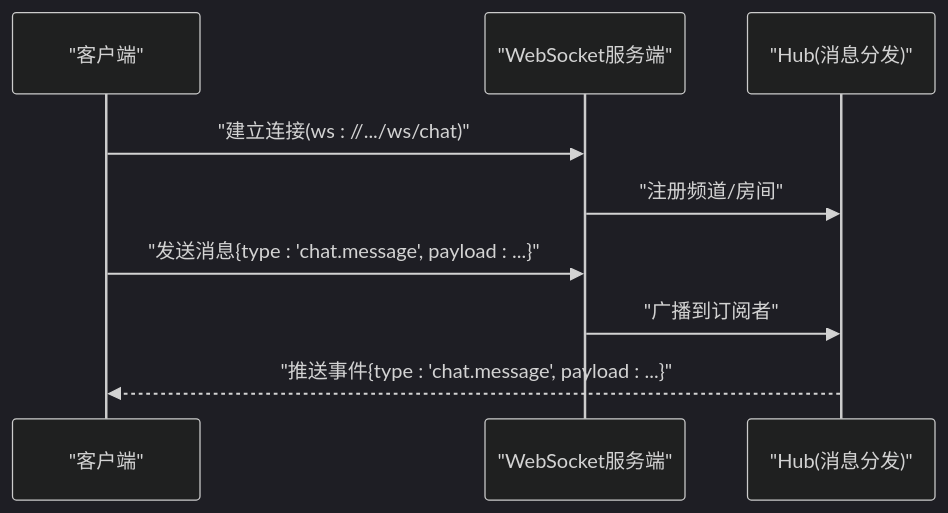
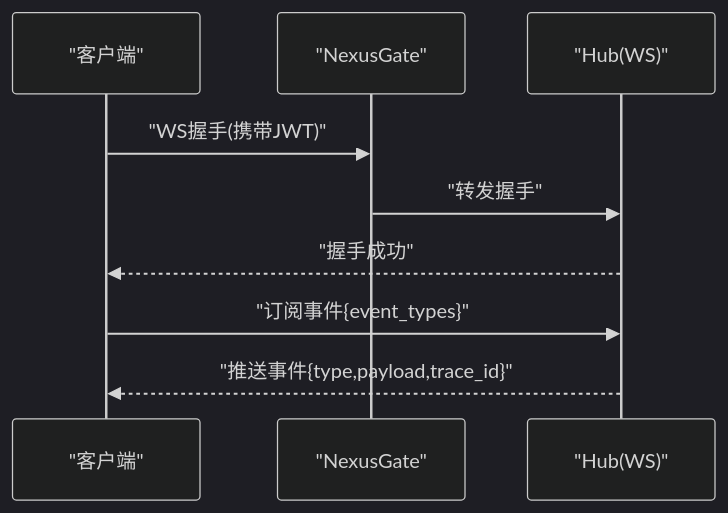
One commit to zmdhdu/NexusCockpit changed the third of 4 diagrams in .qoder/repowiki/zh/content/API接口文档/API接口文档.md. Above: the diagram before and after it, drawn with Mermaid (dark theme). The commit also changed other lines of this file and 478 other files, not shown here.

````diff
--- a/.qoder/repowiki/zh/content/API接口文档/API接口文档.md
+++ b/.qoder/repowiki/zh/content/API接口文档/API接口文档.md
@@ -234,11 +247,11 @@
 ```mermaid
 sequenceDiagram
 participant C as "客户端"
-participant W as "WebSocket服务端"
-participant H as "Hub(消息分发)"
-C->>W : "建立连接(ws : //.../ws/chat)"
-W->>H : "注册频道/房间"
-C->>W : "发送消息{type : 'chat.message', payload : ...}"
-W->>H : "广播到订阅者"
-H-->>C : "推送事件{type : 'chat.message', payload : ...}"
+participant G as "NexusGate"
+participant H as "Hub(WS)"
+C->>G : "WS握手(携带JWT)"
+G->>H : "转发握手"
+H-->>C : "握手成功"
+C->>H : "订阅事件{event_types}"
+H-->>C : "推送事件{type,payload,trace_id}"
 ```
````
